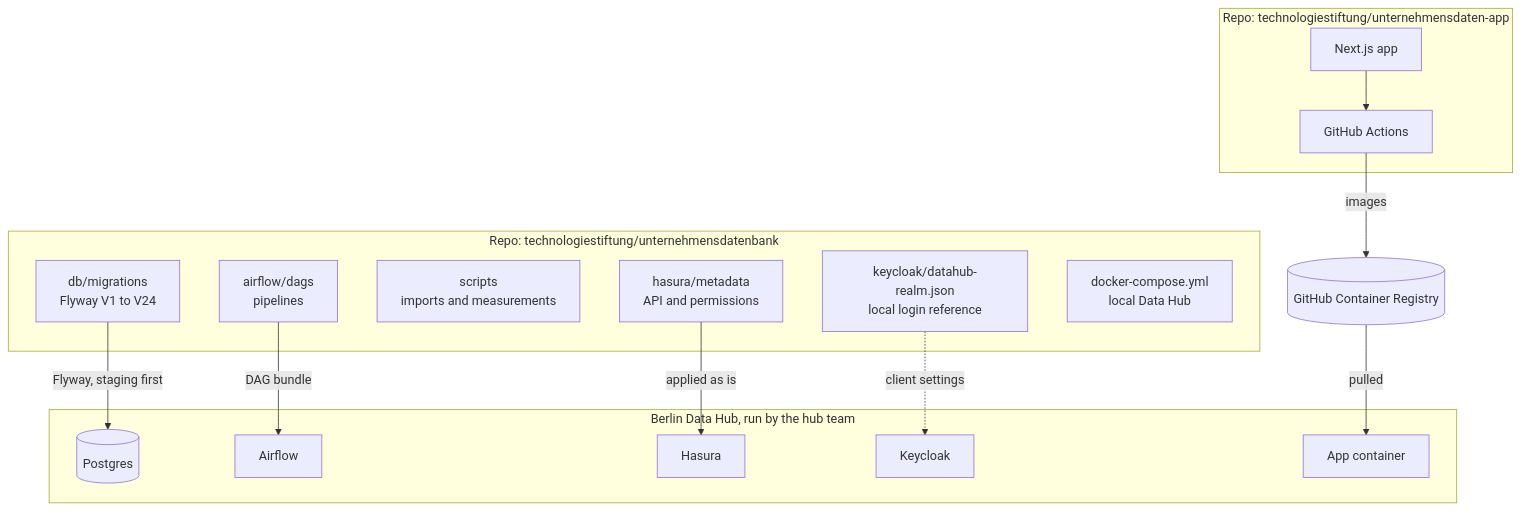
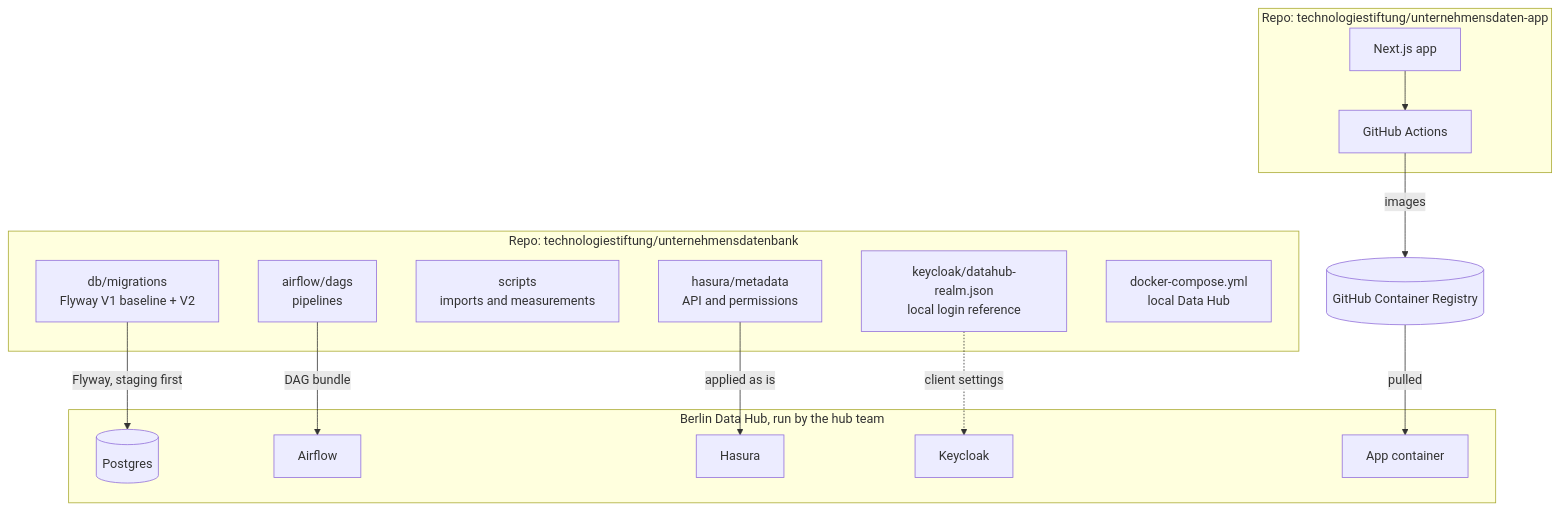
Before and after one commit to technologiestiftung/unternehmensdatenbank: the second of 12 diagrams in docs/architecture-overview.md, drawn with Mermaid. The commit also changed other lines of this file and 3 other files, not shown here.

````diff
--- a/docs/architecture-overview.md
+++ b/docs/architecture-overview.md
@@ -66,34 +66,34 @@
 ```mermaid
 flowchart TB
   subgraph R1["Repo: technologiestiftung/unternehmensdatenbank"]
-    MIG["db/migrations<br/>Flyway V1 to V24"]
+    MIG["db/migrations<br/>Flyway V1 baseline + V2"]
     DAGS["airflow/dags<br/>pipelines"]
     SCR["scripts<br/>imports and measurements"]
     HMETA["hasura/metadata<br/>API and permissions"]
     KREALM["keycloak/datahub-realm.json<br/>local login reference"]
     COMPOSE["docker-compose.yml<br/>local Data Hub"]
   end
 
   subgraph R2["Repo: technologiestiftung/unternehmensdaten-app"]
     NEXT["Next.js app"]
     CI["GitHub Actions"]
   end
 
   GHCR[("GitHub Container Registry")]
 
   subgraph HUB["Berlin Data Hub, run by the hub team"]
     HPG[("Postgres")]
     HAF["Airflow"]
     HHS["Hasura"]
     HKC["Keycloak"]
     HAPP["App container"]
   end
 
   MIG -->|"Flyway, staging first"| HPG
   DAGS -->|"DAG bundle"| HAF
   HMETA -->|"applied as is"| HHS
   KREALM -.->|"client settings"| HKC
   NEXT --> CI
   CI -->|"images"| GHCR
   GHCR -->|"pulled"| HAPP
 ```
````
